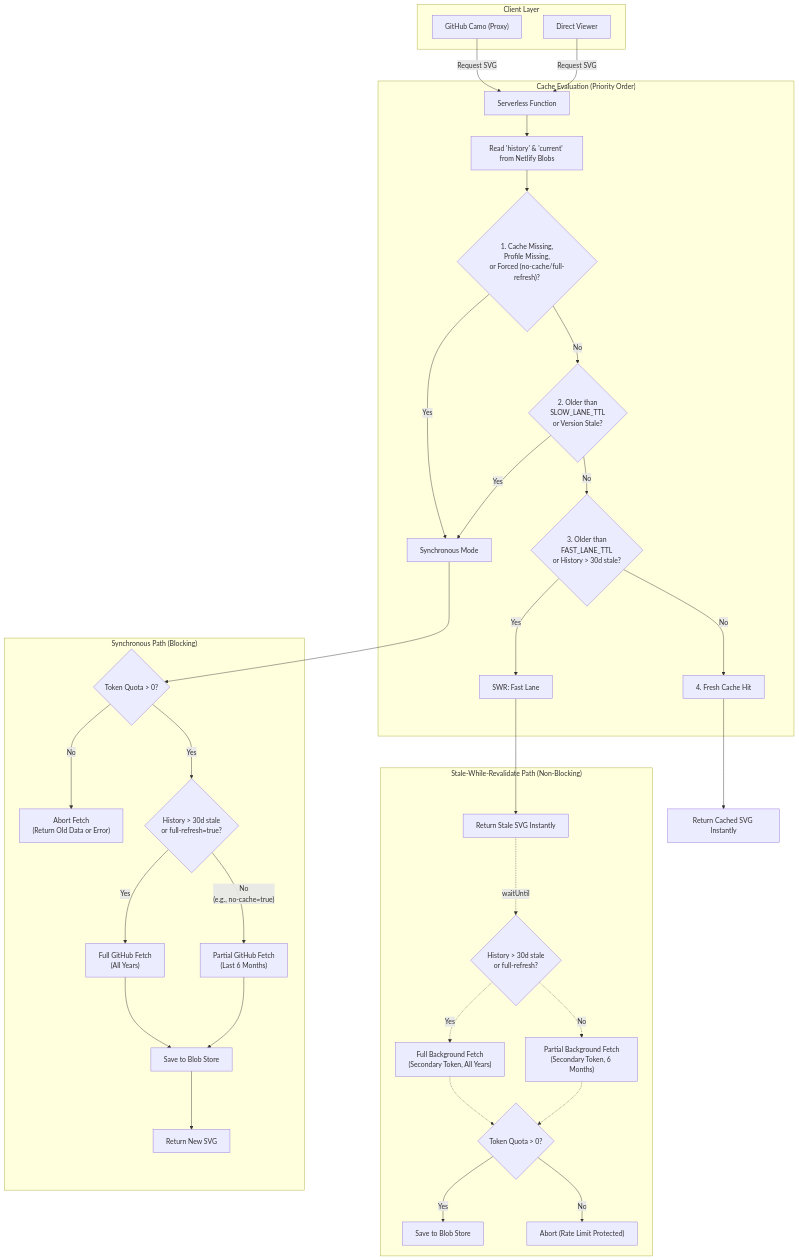
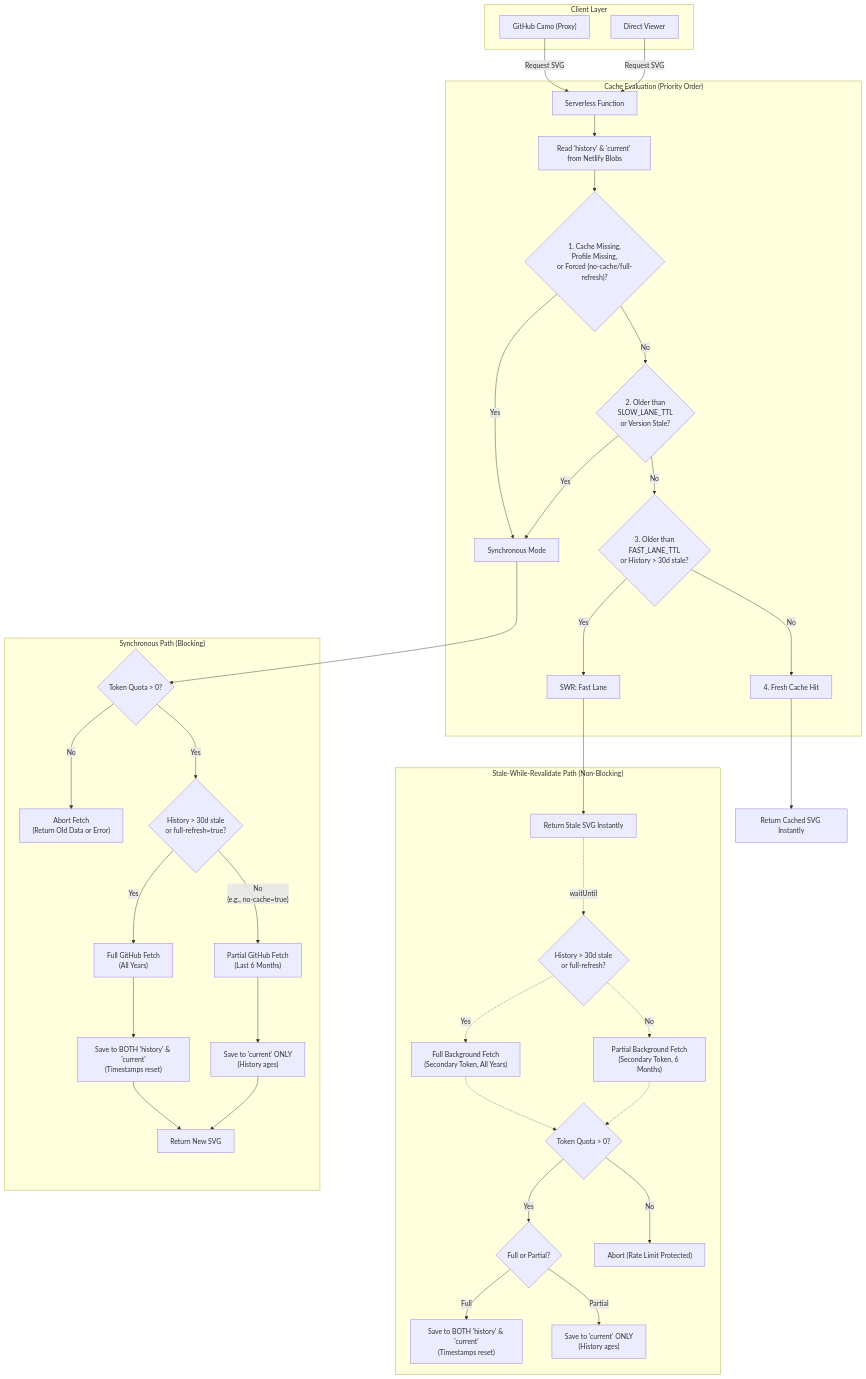
One commit to rahuldhole/github-streak changed the diagram in docs/caching-behavior.md. Above: the diagram before and after it, drawn with Mermaid. The commit also changed other lines of this file, not shown here.

Commit message:
docs: document dual-cache architecture for GitHub API rate limit optimization

````diff
--- a/docs/caching-behavior.md
+++ b/docs/caching-behavior.md
@@ -56,54 +65,58 @@
 ```mermaid
 flowchart TD
     subgraph Client ["Client Layer"]
         Camo["GitHub Camo (Proxy)"]
         User["Direct Viewer"]
     end
     
     Camo -->|Request SVG| API["Serverless Function"]
     User -->|Request SVG| API
 
     subgraph Evaluation ["Cache Evaluation (Priority Order)"]
         API --> ReadBlobs["Read 'history' & 'current' from Netlify Blobs"]
         
         ReadBlobs --> CheckSync{"1. Cache Missing,\nProfile Missing,\nor Forced (no-cache/full-refresh)?"}
         CheckSync -->|Yes| SyncBranch["Synchronous Mode"]
         
         CheckSync -->|No| CheckSlow{"2. Older than\nSLOW_LANE_TTL\nor Version Stale?"}
         CheckSlow -->|Yes| SyncBranch
         
         CheckSlow -->|No| CheckFast{"3. Older than\nFAST_LANE_TTL\nor History > 30d stale?"}
         CheckFast -->|Yes| FastLane["SWR: Fast Lane"]
         
         CheckFast -->|No| Fresh["4. Fresh Cache Hit"]
     end
 
     subgraph Sync ["Synchronous Path (Blocking)"]
         SyncBranch --> SyncQuota{"Token Quota > 0?"}
         SyncQuota -- No --> SyncAbort["Abort Fetch\n(Return Old Data or Error)"]
         
         SyncQuota -- Yes --> CheckDepth1{"History > 30d stale\nor full-refresh=true?"}
         CheckDepth1 -->|Yes| SyncFetchFull["Full GitHub Fetch\n(All Years)"]
         CheckDepth1 -->|"No\n(e.g., no-cache=true)"| SyncFetchPartial["Partial GitHub Fetch\n(Last 6 Months)"]
         
-        SyncFetchFull --> SyncSave["Save to Blob Store"]
-        SyncFetchPartial --> SyncSave
-        SyncSave --> SyncReturn["Return New SVG"]
+        SyncFetchFull --> SyncSaveFull["Save to BOTH 'history' & 'current'\n(Timestamps reset)"]
+        SyncFetchPartial --> SyncSavePartial["Save to 'current' ONLY\n(History ages)"]
+        SyncSaveFull --> SyncReturn["Return New SVG"]
+        SyncSavePartial --> SyncReturn
     end
     
     subgraph SWR ["Stale-While-Revalidate Path (Non-Blocking)"]
         FastLane --> ReturnStale2["Return Stale SVG Instantly"]
         
         ReturnStale2 -.->|waitUntil| CheckDepth2{"History > 30d stale\nor full-refresh?"}
         CheckDepth2 -.->|Yes| AsyncSecondaryFull["Full Background Fetch\n(Secondary Token, All Years)"]
         CheckDepth2 -.->|No| AsyncSecondaryPartial["Partial Background Fetch\n(Secondary Token, 6 Months)"]
         
         AsyncSecondaryFull -.-> Quota2{"Token Quota > 0?"}
         AsyncSecondaryPartial -.-> Quota2
         
-        Quota2 -- Yes --> AsyncSave2["Save to Blob Store"]
+        Quota2 -- Yes --> AsyncCheckDepth{"Full or Partial?"}
+        AsyncCheckDepth -- Full --> AsyncSaveFull["Save to BOTH 'history' & 'current'\n(Timestamps reset)"]
+        AsyncCheckDepth -- Partial --> AsyncSavePartial["Save to 'current' ONLY\n(History ages)"]
+        
         Quota2 -- No --> Abort2["Abort (Rate Limit Protected)"]
     end
     
     Fresh --> ReturnFresh["Return Cached SVG Instantly"]
 ```
````
